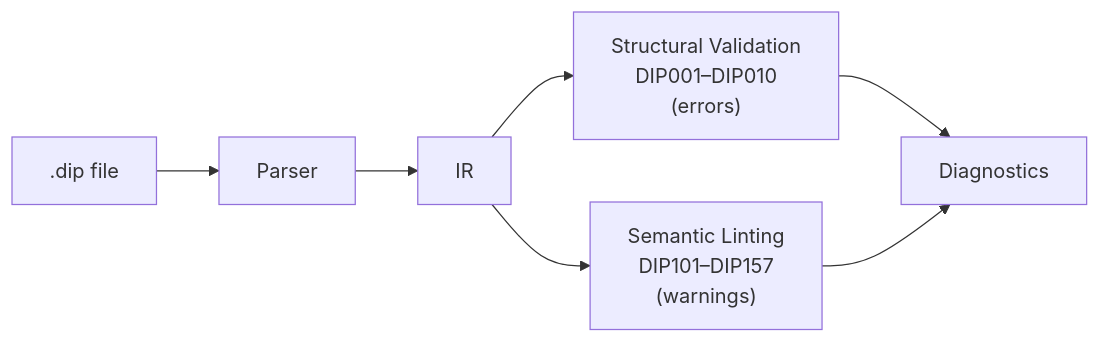
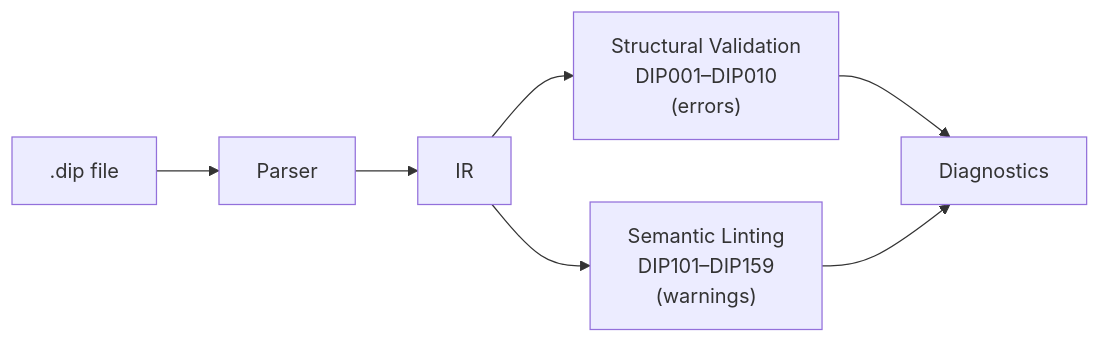
The diagram in docs/validation.md (2389-research/dippin-lang), drawn with Mermaid before and after one commit. The commit also changed other lines of this file and 20 other files, not shown here.

````diff
--- a/docs/validation.md
+++ b/docs/validation.md
@@ -10,9 +10,9 @@
 ```mermaid
 graph LR
     SRC[".dip file"] --> PARSE["Parser"]
     PARSE --> IR["IR"]
     IR --> VAL["Structural Validation<br>DIP001–DIP010<br>(errors)"]
-    IR --> LINT["Semantic Linting<br>DIP101–DIP157<br>(warnings)"]
+    IR --> LINT["Semantic Linting<br>DIP101–DIP159<br>(warnings)"]
     VAL --> DIAG["Diagnostics"]
     LINT --> DIAG
 ```
````
